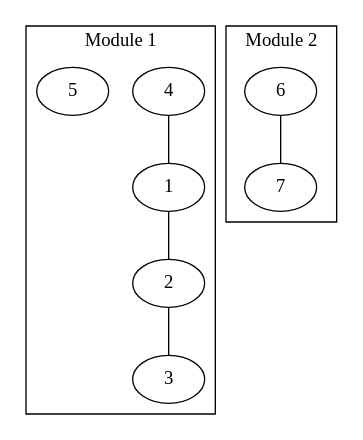
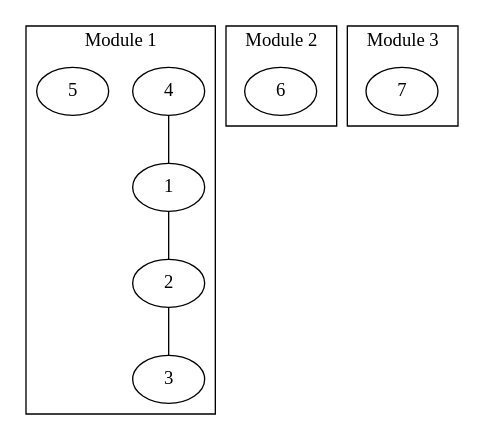
The diagram in Paper/Graph2.dot (MrBoboGet/BachelorThesis), drawn with Graphviz before and after one commit. The commit also changed 4 other files, not shown here.

```diff
--- a/Paper/Graph2.dot
+++ b/Paper/Graph2.dot
@@ -1,28 +1,31 @@
 graph G
 {
     1 -- 2;
     2 -- 3;
     //3 -- 1;
 
     4 -- 1;
 
     //5 -- {1 2 3 4};
     //6 -- {1 2 3 4};
     
-    6 -- 7;
     subgraph cluster_1
     {
         label="Module 2";
         6;
+    }
+    subgraph cluster_2
+    {
+        label="Module 3";
         7;
     }
-    subgraph cluster_2
+    subgraph cluster_3
     {
         label="Module 1";
         1;
         2;
         3;
         4;
         5;
     }
 }
```
